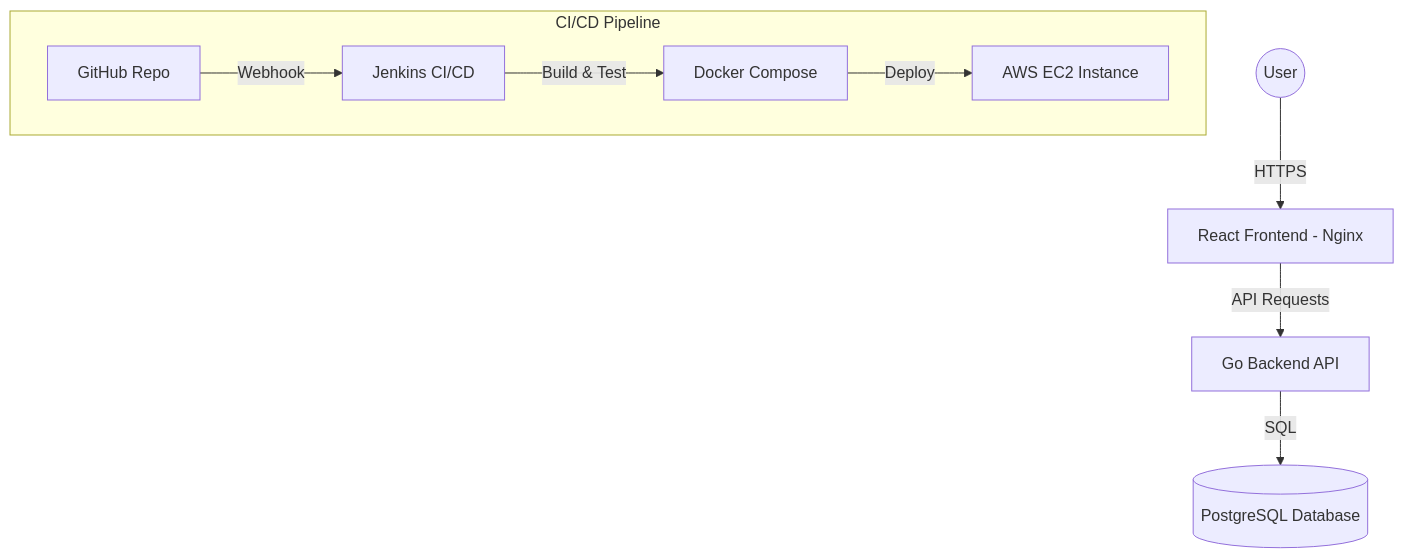
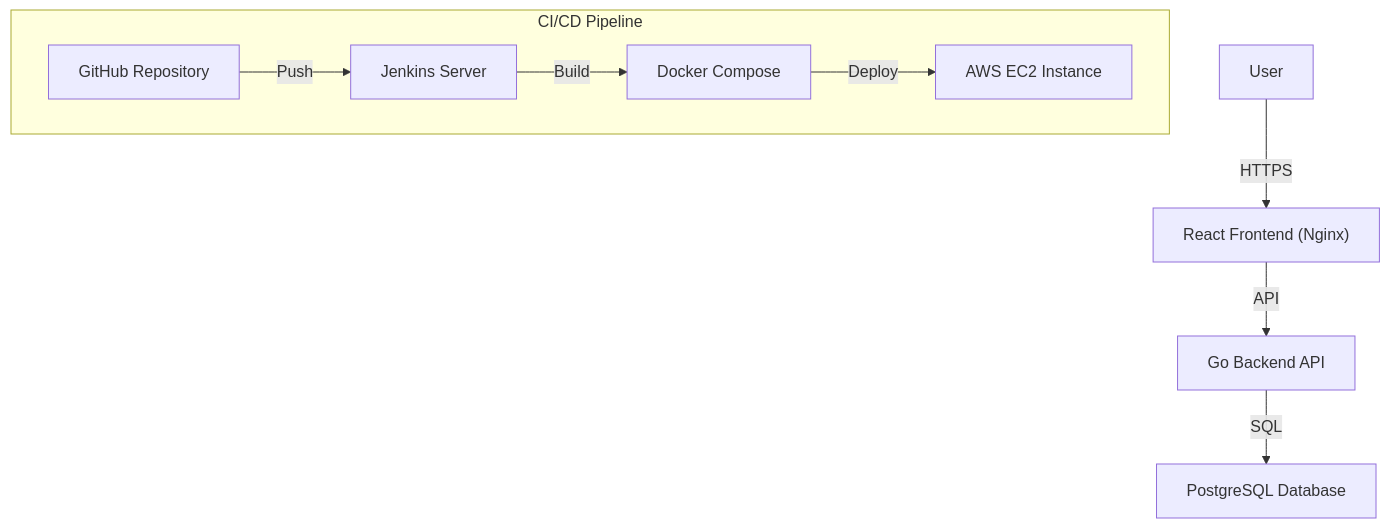
The diagram in README.md (Pratik1603/CI_CD_Pipeline_AWS_Project), drawn with Mermaid before and after one commit.

````diff
--- a/README.md
+++ b/README.md
@@ -14,12 +14,12 @@
 ```mermaid
 graph TD
-    User((User)) -->|HTTPS| Frontend[React Frontend - Nginx]
-    Frontend -->|API Requests| Backend[Go Backend API]
-    Backend -->|SQL| DB[(PostgreSQL Database)]
+    User[User] -->|HTTPS| Frontend["React Frontend (Nginx)"]
+    Frontend -->|API| Backend["Go Backend API"]
+    Backend -->|SQL| DB["PostgreSQL Database"]
     
-    subgraph CI/CD Pipeline
-        GitHub[GitHub Repo] -->|Webhook| Jenkins[Jenkins CI/CD]
-        Jenkins -->|Build & Test| Docker[Docker Compose]
+    subgraph Pipeline ["CI/CD Pipeline"]
+        GitHub[GitHub Repository] -->|Push| Jenkins[Jenkins Server]
+        Jenkins -->|Build| Docker[Docker Compose]
         Docker -->|Deploy| EC2[AWS EC2 Instance]
     end
 ```
````
